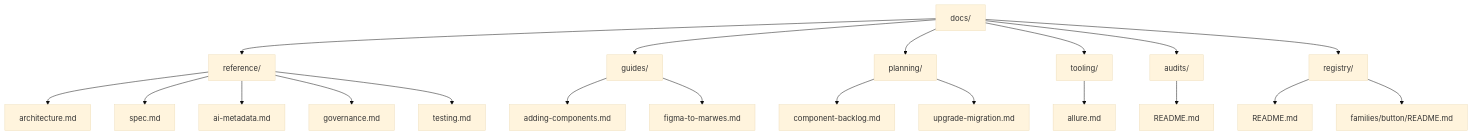
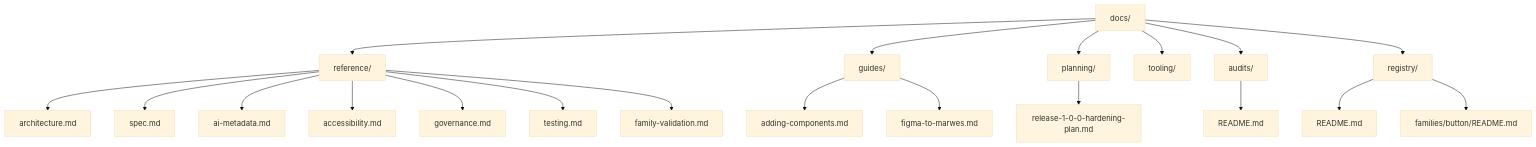
One commit to niklas-westman/marwes changed the first of 2 diagrams in docs/README.md. Above: the diagram before and after it, drawn with Mermaid (base theme). The commit also changed other lines of this file and 367 other files, not shown here.

````diff
--- a/docs/README.md
+++ b/docs/README.md
@@ -20,28 +22,28 @@
 ```mermaid
 graph TD
   Docs[docs/]
   Docs --> Reference[reference/]
   Docs --> Guides[guides/]
   Docs --> Planning[planning/]
   Docs --> Tooling[tooling/]
   Docs --> Audits[audits/]
   Docs --> Registry[registry/]
 
   Reference --> Architecture[architecture.md]
   Reference --> Spec[spec.md]
   Reference --> AIMetadata[ai-metadata.md]
+  Reference --> Accessibility[accessibility.md]
   Reference --> Governance[governance.md]
   Reference --> Testing[testing.md]
+  Reference --> FamilyValidation[family-validation.md]
 
   Guides --> Adding[adding-components.md]
   Guides --> Figma[figma-to-marwes.md]
 
   Registry --> RegistryIndex[README.md]
   Registry --> ButtonRegistry[families/button/README.md]
 
-  Planning --> Backlog[component-backlog.md]
-  Planning --> Migration[upgrade-migration.md]
+  Planning --> ReleasePlan[release-1-0-0-hardening-plan.md]
 
-  Tooling --> Allure[allure.md]
   Audits --> AuditIndex[README.md]
 ```
````
